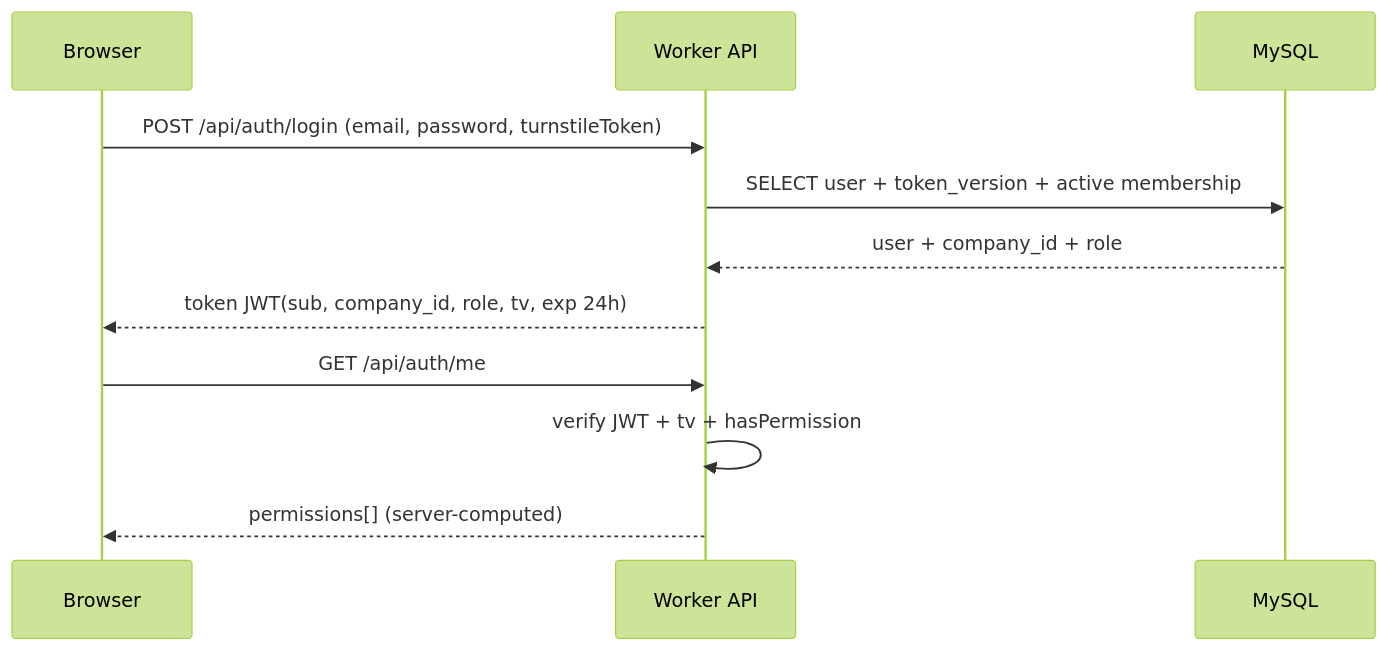
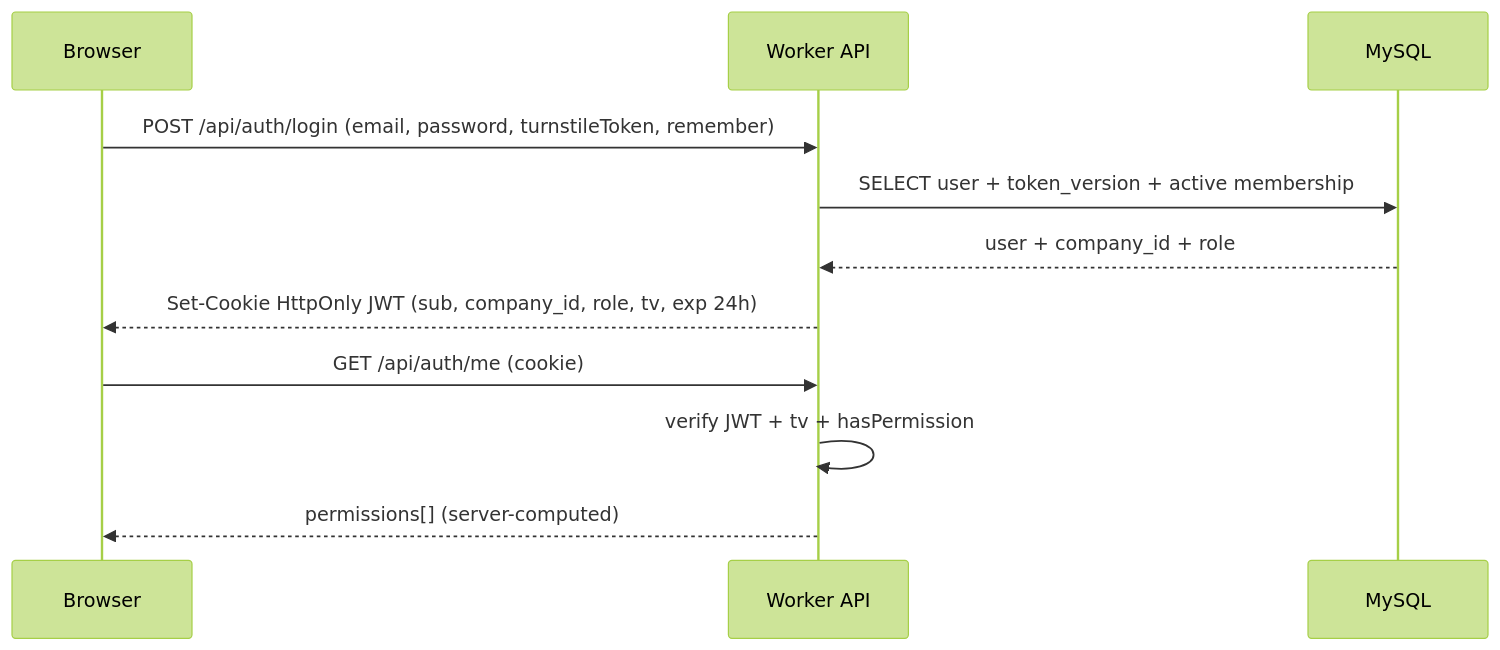
One commit to Rhine-Solution/rhinesolution-website changed diagram 22 of 30 in plan2shift/PLAN2SHIFT.md. Above: the diagram before and after it, drawn with Mermaid (forest theme). The commit also changed other lines of this file and 3 other files, not shown here.

````diff
--- a/plan2shift/PLAN2SHIFT.md
+++ b/plan2shift/PLAN2SHIFT.md
@@ -659,13 +659,13 @@
 ```mermaid
 sequenceDiagram
     participant B as Browser
     participant W as Worker API
     participant DB as MySQL
-    B->>W: POST /api/auth/login (email, password, turnstileToken)
+    B->>W: POST /api/auth/login (email, password, turnstileToken, remember)
     W->>DB: SELECT user + token_version + active membership
     DB-->>W: user + company_id + role
-    W-->>B: token JWT(sub, company_id, role, tv, exp 24h)
-    B->>W: GET /api/auth/me
+    W-->>B: Set-Cookie HttpOnly JWT (sub, company_id, role, tv, exp 24h)
+    B->>W: GET /api/auth/me (cookie)
     W->>W: verify JWT + tv + hasPermission
     W-->>B: permissions[] (server-computed)
 ```
````
